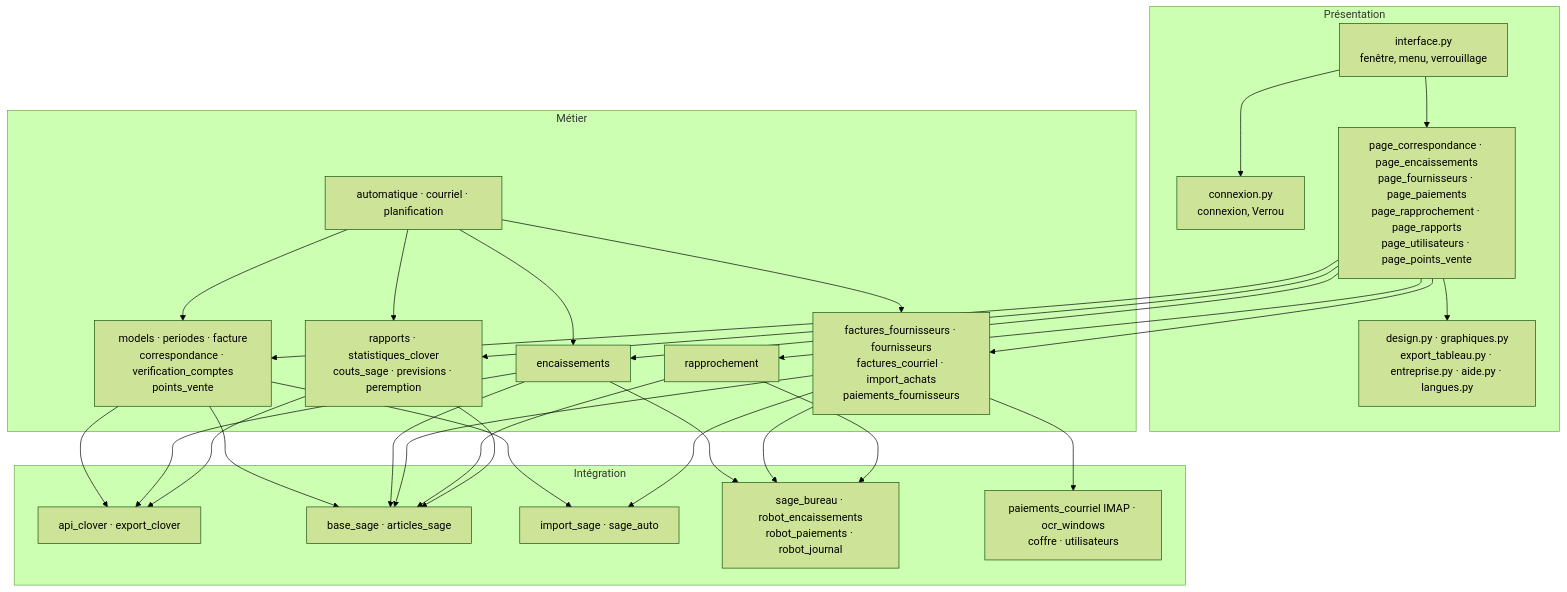
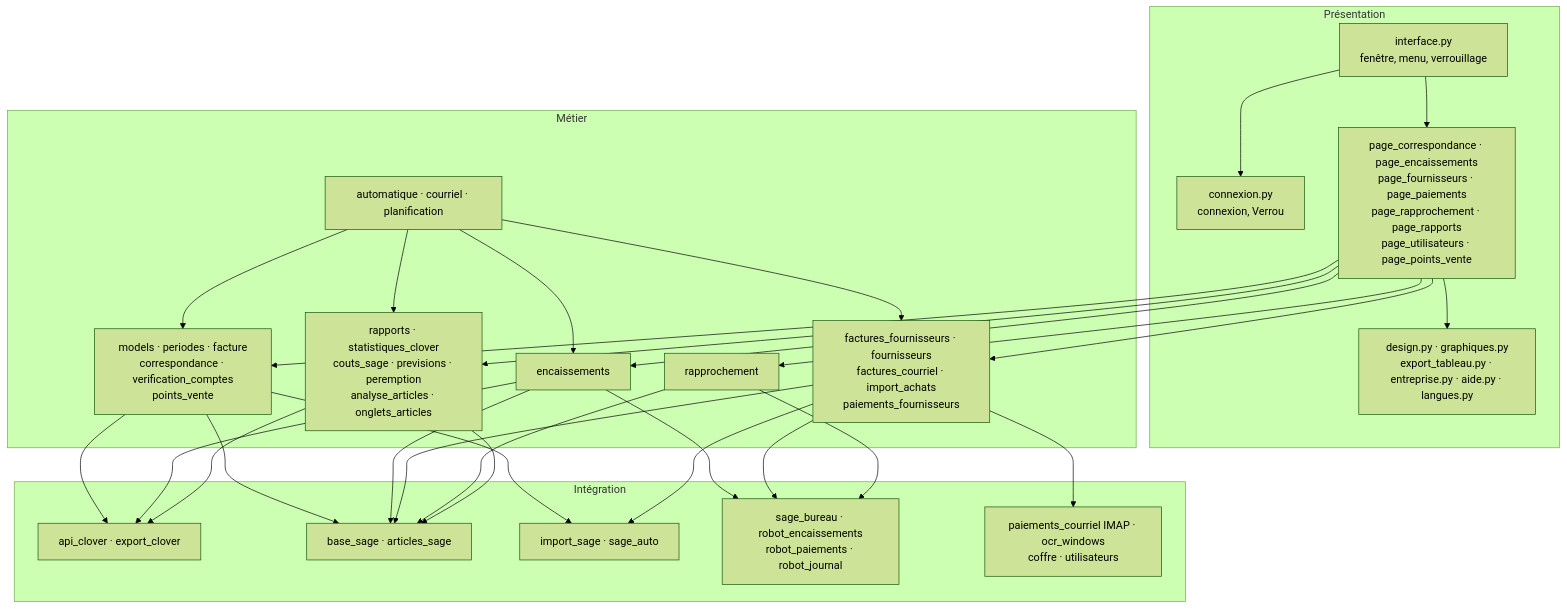
One commit to mteingueng-dot/MVOGMBI_Sync_2026.1 changed the second of 13 diagrams in ARCHITECTURE.md. Above: the diagram before and after it, drawn with Mermaid (forest theme). The commit also changed other lines of this file and 11 other files, not shown here.

Commit message:
Produits inactifs et articles 80/20 dans État (source Clover ou Sage), version 1.23.0

````diff
--- a/ARCHITECTURE.md
+++ b/ARCHITECTURE.md
@@ -85,33 +85,33 @@
 ```mermaid
 flowchart TB
     subgraph Présentation
         interface["interface.py<br/>fenêtre, menu, verrouillage"]
         connexion["connexion.py<br/>connexion, Verrou"]
         pages["page_correspondance · page_encaissements<br/>page_fournisseurs · page_paiements<br/>page_rapprochement · page_rapports<br/>page_utilisateurs · page_points_vente"]
         design["design.py · graphiques.py<br/>export_tableau.py · entreprise.py · aide.py · langues.py"]
     end
     subgraph Métier
         ventes["models · periodes · facture<br/>correspondance · verification_comptes<br/>points_vente"]
         enc["encaissements"]
         four["factures_fournisseurs · fournisseurs<br/>factures_courriel · import_achats<br/>paiements_fournisseurs"]
         rap["rapprochement"]
-        stats["rapports · statistiques_clover<br/>couts_sage · previsions · peremption"]
+        stats["rapports · statistiques_clover<br/>couts_sage · previsions · peremption<br/>analyse_articles · onglets_articles"]
         nuit["automatique · courriel · planification"]
     end
     subgraph Intégration
         clover["api_clover · export_clover"]
         sagel["base_sage · articles_sage"]
         sagei["import_sage · sage_auto"]
         robots["sage_bureau · robot_encaissements<br/>robot_paiements · robot_journal"]
         autres["paiements_courriel IMAP · ocr_windows<br/>coffre · utilisateurs"]
     end
     interface --> connexion
     interface --> pages --> design
     pages --> ventes & enc & four & rap & stats
     nuit --> ventes & enc & four & stats
     ventes --> clover & sagel & sagei
     enc --> clover & sagel & robots
     four --> sagel & sagei & robots & autres
     rap --> sagel & robots
     stats --> clover & sagel
 ```
````
